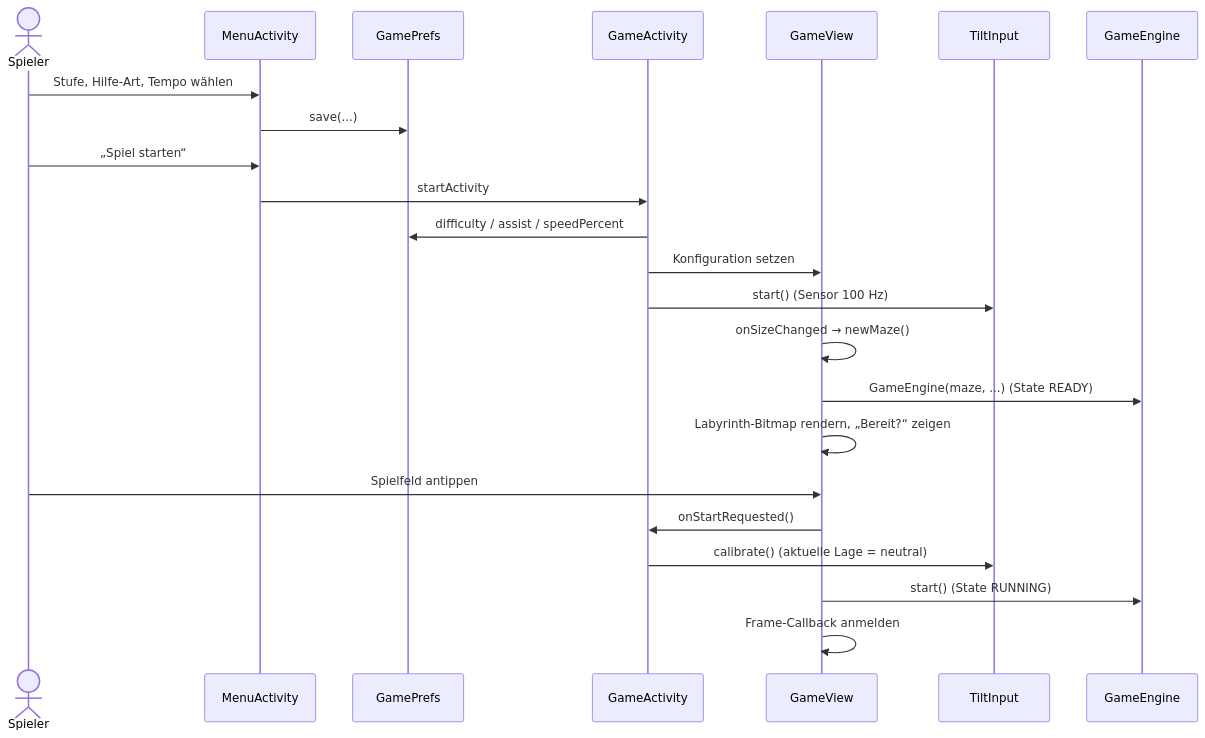
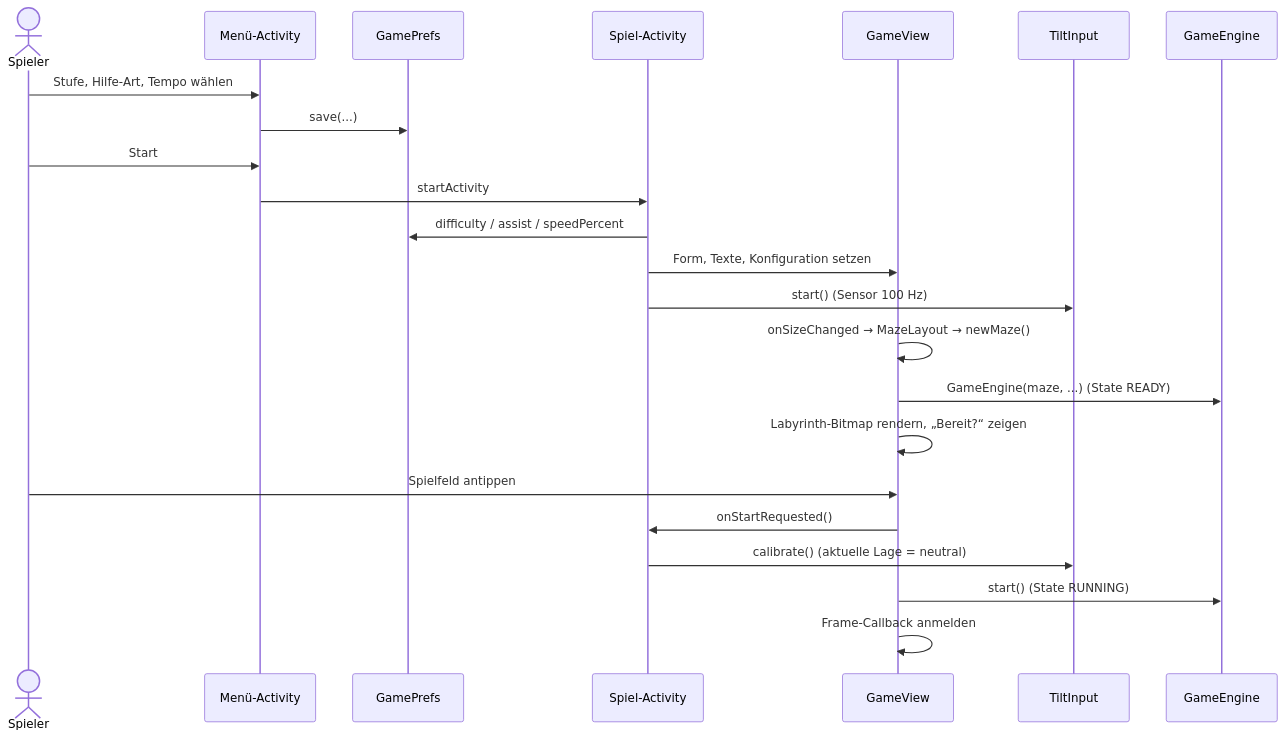
One commit to Neon153/kugel-labyrinth changed the third of 6 diagrams in docs/02-architektur.md. Above: the diagram before and after it, drawn with Mermaid. The commit also changed other lines of this file and 9 other files, not shown here.

````diff
--- a/docs/02-architektur.md
+++ b/docs/02-architektur.md
@@ -137,25 +157,25 @@
 ```mermaid
 sequenceDiagram
     actor S as Spieler
-    participant M as MenuActivity
+    participant M as Menü-Activity
     participant P as GamePrefs
-    participant A as GameActivity
+    participant A as Spiel-Activity
     participant V as GameView
     participant T as TiltInput
     participant E as GameEngine
     S->>M: Stufe, Hilfe-Art, Tempo wählen
     M->>P: save(...)
-    S->>M: „Spiel starten“
+    S->>M: Start
     M->>A: startActivity
     A->>P: difficulty / assist / speedPercent
-    A->>V: Konfiguration setzen
+    A->>V: Form, Texte, Konfiguration setzen
     A->>T: start() (Sensor 100 Hz)
-    V->>V: onSizeChanged → newMaze()
+    V->>V: onSizeChanged → MazeLayout → newMaze()
     V->>E: GameEngine(maze, ...) (State READY)
     V->>V: Labyrinth-Bitmap rendern, „Bereit?“ zeigen
     S->>V: Spielfeld antippen
     V->>A: onStartRequested()
     A->>T: calibrate() (aktuelle Lage = neutral)
     V->>E: start() (State RUNNING)
     V->>V: Frame-Callback anmelden
 ```
````
